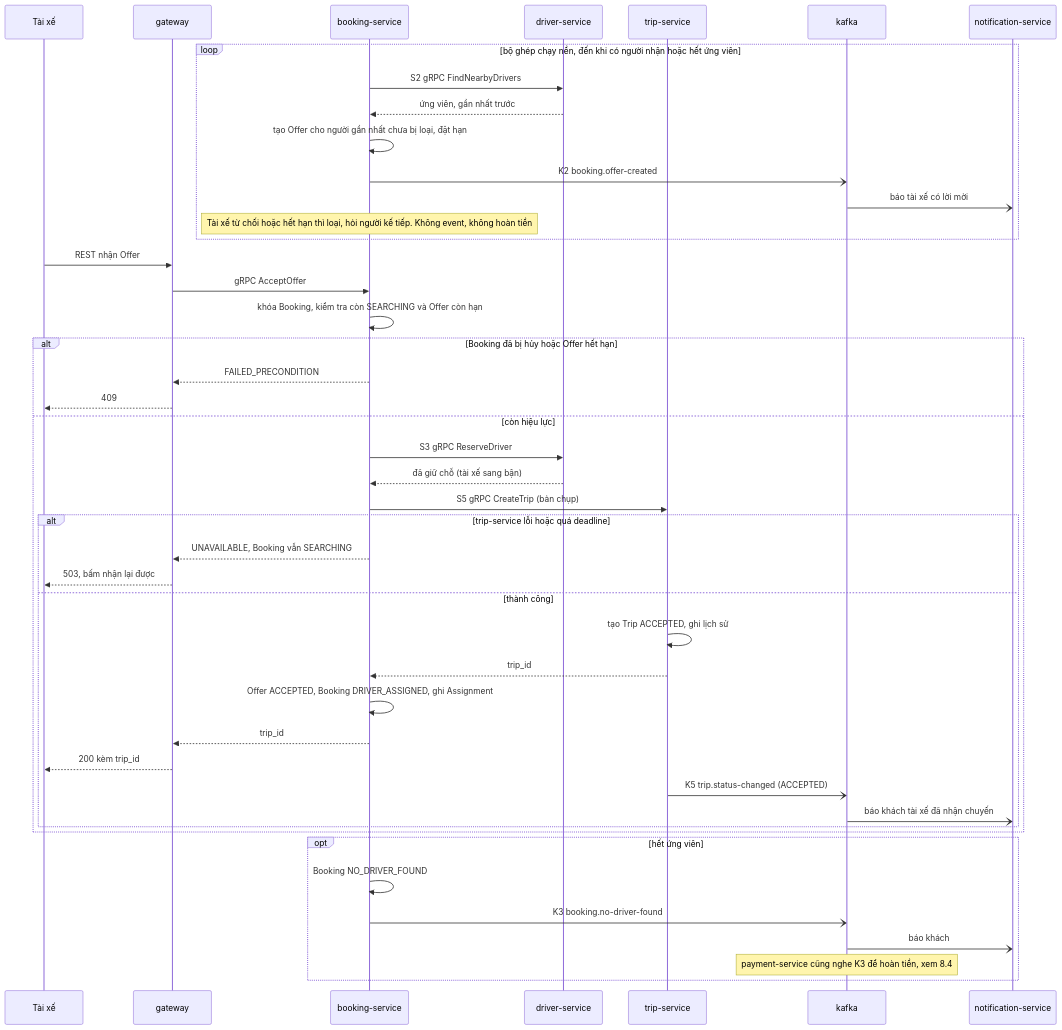
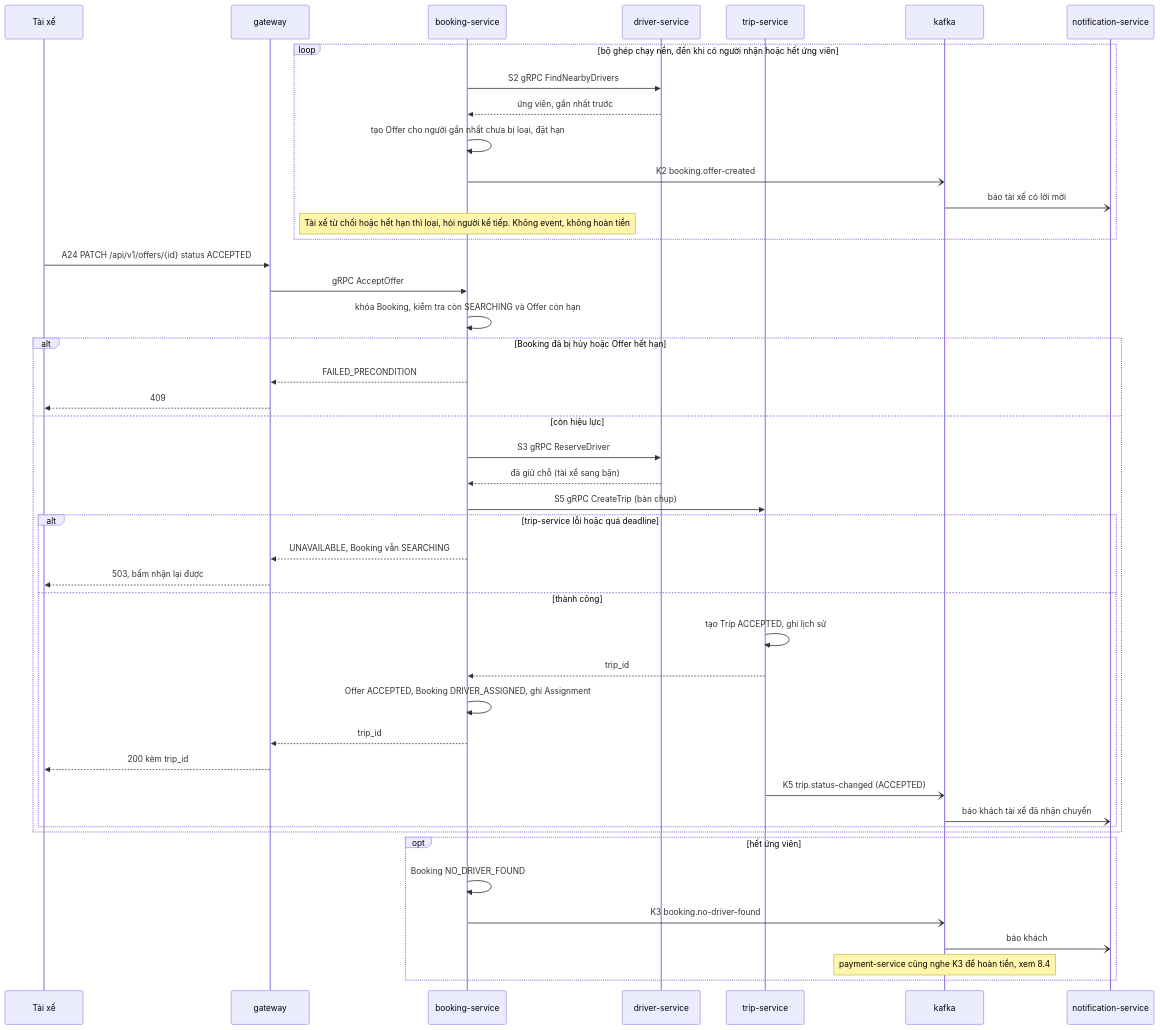
One commit to nghuuduc21/23699411_NguyenHuuDuc_CabSystem changed the fourth of 7 diagrams in docs/design/02-kien-truc-giao-tiep.md. Above: the diagram before and after it, drawn with Mermaid. The commit also changed other lines of this file and 13 other files, not shown here.

First line of the commit message:
docs: redesign API paths to /api/v1 resources with PATCH status changes

````diff
--- a/docs/design/02-kien-truc-giao-tiep.md
+++ b/docs/design/02-kien-truc-giao-tiep.md
@@ -479,48 +480,48 @@
 ```mermaid
 sequenceDiagram
   participant TX as Tài xế
   participant GW as gateway
   participant B as booking-service
   participant DR as driver-service
   participant T as trip-service
   participant K as kafka
   participant N as notification-service
 
   loop bộ ghép chạy nền, đến khi có người nhận hoặc hết ứng viên
     B->>DR: S2 gRPC FindNearbyDrivers
     DR-->>B: ứng viên, gần nhất trước
     B->>B: tạo Offer cho người gần nhất chưa bị loại, đặt hạn
     B-)K: K2 booking.offer-created
     K-)N: báo tài xế có lời mời
     Note over B: Tài xế từ chối hoặc hết hạn thì loại, hỏi người kế tiếp. Không event, không hoàn tiền
   end
-  TX->>GW: REST nhận Offer
+  TX->>GW: A24 PATCH /api/v1/offers/{id} status ACCEPTED
   GW->>B: gRPC AcceptOffer
   B->>B: khóa Booking, kiểm tra còn SEARCHING và Offer còn hạn
   alt Booking đã bị hủy hoặc Offer hết hạn
     B-->>GW: FAILED_PRECONDITION
     GW-->>TX: 409
   else còn hiệu lực
     B->>DR: S3 gRPC ReserveDriver
     DR-->>B: đã giữ chỗ (tài xế sang bận)
     B->>T: S5 gRPC CreateTrip (bản chụp)
     alt trip-service lỗi hoặc quá deadline
       B-->>GW: UNAVAILABLE, Booking vẫn SEARCHING
       GW-->>TX: 503, bấm nhận lại được
     else thành công
       T->>T: tạo Trip ACCEPTED, ghi lịch sử
       T-->>B: trip_id
       B->>B: Offer ACCEPTED, Booking DRIVER_ASSIGNED, ghi Assignment
       B-->>GW: trip_id
       GW-->>TX: 200 kèm trip_id
       T-)K: K5 trip.status-changed (ACCEPTED)
       K-)N: báo khách tài xế đã nhận chuyến
     end
   end
   opt hết ứng viên
     B->>B: Booking NO_DRIVER_FOUND
     B-)K: K3 booking.no-driver-found
     K-)N: báo khách
     Note over K: payment-service cũng nghe K3 để hoàn tiền, xem 8.4
   end
 ```
````
